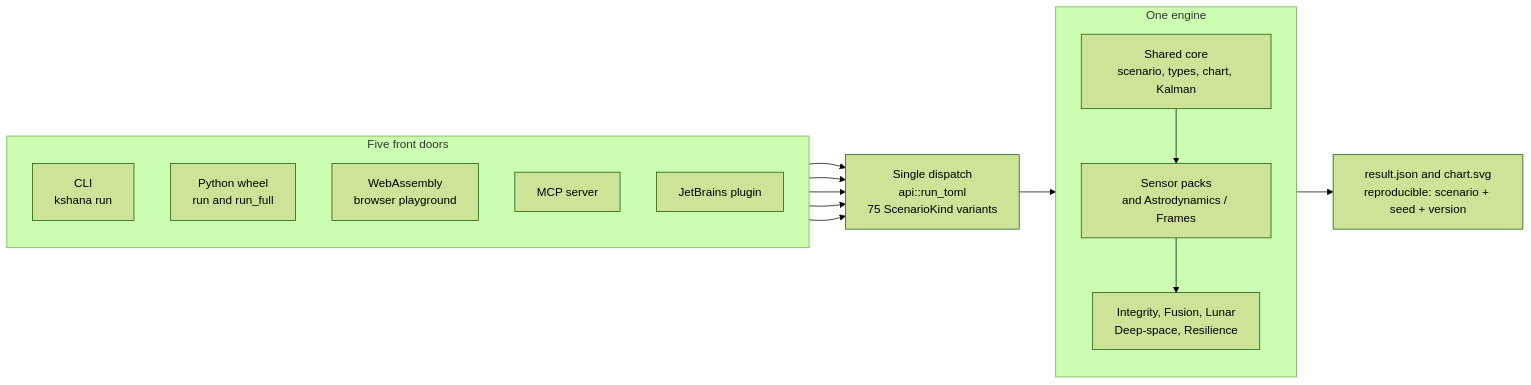
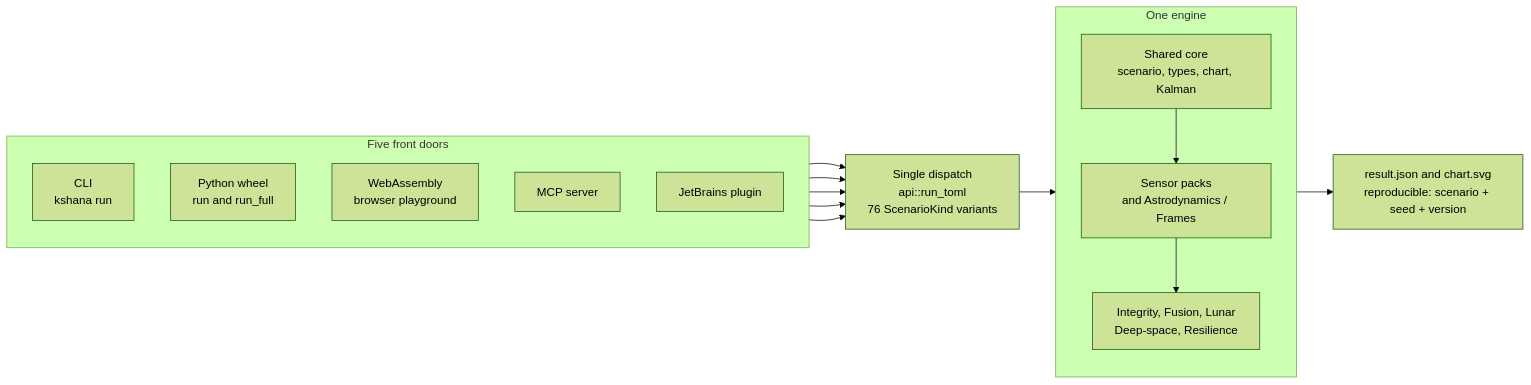
The diagram in docs/diagrams/system-overview.mmd (ashfordeOU/kshana), drawn with Mermaid (forest theme) before and after one commit. The commit also changed 38 other files, not shown here.

```diff
--- a/docs/diagrams/system-overview.mmd
+++ b/docs/diagrams/system-overview.mmd
@@ -1,31 +1,31 @@
 flowchart LR
     subgraph DOORS[Five front doors]
         direction TB
         CLI[CLI<br/>kshana run]
         PY[Python wheel<br/>run and run_full]
         WASM[WebAssembly<br/>browser playground]
         MCP[MCP server]
         IDE[JetBrains plugin]
     end
 
-    DISPATCH[Single dispatch<br/>api::run_toml<br/>75 ScenarioKind variants]
+    DISPATCH[Single dispatch<br/>api::run_toml<br/>76 ScenarioKind variants]
 
     subgraph ENGINE[One engine]
         direction TB
         CORE[Shared core<br/>scenario, types, chart, Kalman]
         PACKS[Sensor packs<br/>and Astrodynamics / Frames]
         DOMAIN[Integrity, Fusion, Lunar<br/>Deep-space, Resilience]
         CORE --> PACKS
         PACKS --> DOMAIN
     end
 
     OUT[result.json and chart.svg<br/>reproducible: scenario + seed + version]
 
     CLI --> DISPATCH
     PY --> DISPATCH
     WASM --> DISPATCH
     MCP --> DISPATCH
     IDE --> DISPATCH
 
     DISPATCH --> ENGINE
     ENGINE --> OUT
```
